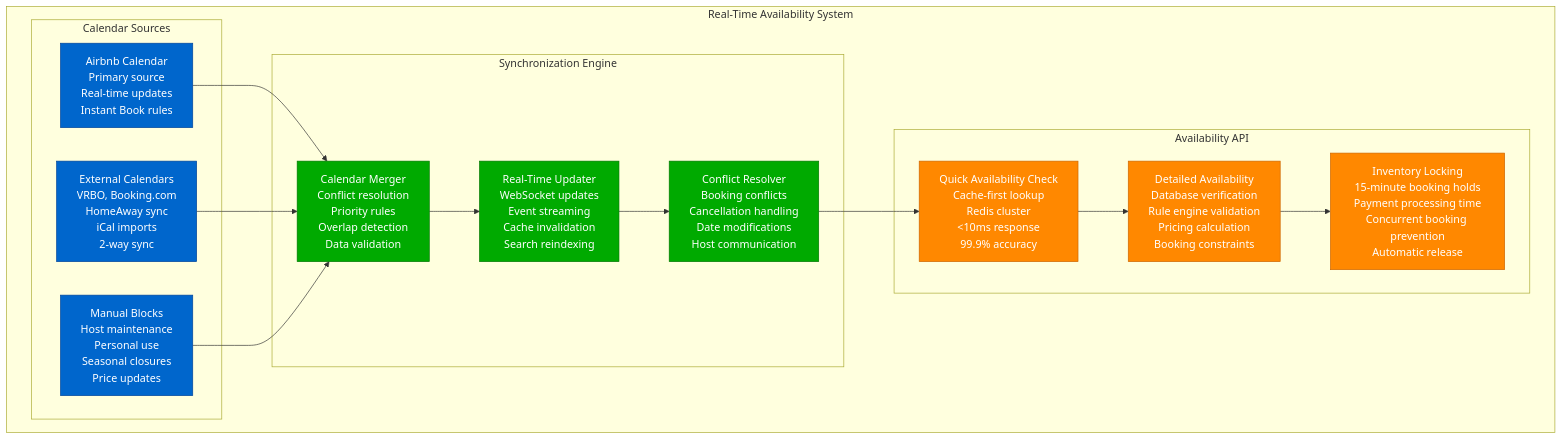
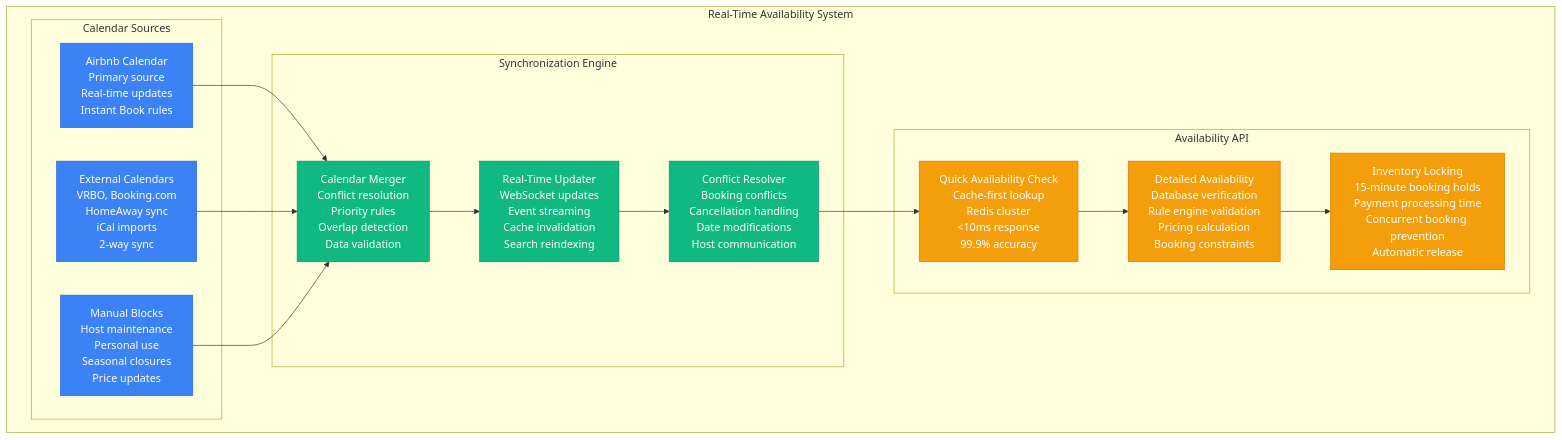
Before and after one commit to deepaucksharma/DS: the fourth of 4 diagrams in site/docs/systems/airbnb/request-flow.md, drawn with Mermaid. The commit also changed other lines of this file and 303 other files, not shown here.

````diff
--- a/site/docs/systems/airbnb/request-flow.md
+++ b/site/docs/systems/airbnb/request-flow.md
@@ -221,47 +221,47 @@
 ```mermaid
 graph TB
     subgraph AvailabilitySystem[Real-Time Availability System]
         subgraph CalendarSources[Calendar Sources]
             AirbnbCalendar[Airbnb Calendar<br/>Primary source<br/>Real-time updates<br/>Instant Book rules]
 
             ExternalCalendars[External Calendars<br/>VRBO, Booking.com<br/>HomeAway sync<br/>iCal imports<br/>2-way sync]
 
             ManualBlocks[Manual Blocks<br/>Host maintenance<br/>Personal use<br/>Seasonal closures<br/>Price updates]
         end
 
         subgraph SyncEngine[Synchronization Engine]
             CalendarMerger[Calendar Merger<br/>Conflict resolution<br/>Priority rules<br/>Overlap detection<br/>Data validation]
 
             RealTimeUpdater[Real-Time Updater<br/>WebSocket updates<br/>Event streaming<br/>Cache invalidation<br/>Search reindexing]
 
             ConflictResolver[Conflict Resolver<br/>Booking conflicts<br/>Cancellation handling<br/>Date modifications<br/>Host communication]
         end
 
         subgraph AvailabilityAPI[Availability API]
             QuickCheck[Quick Availability Check<br/>Cache-first lookup<br/>Redis cluster<br/><10ms response<br/>99.9% accuracy]
 
             DetailedCheck[Detailed Availability<br/>Database verification<br/>Rule engine validation<br/>Pricing calculation<br/>Booking constraints]
 
             InventoryLocking[Inventory Locking<br/>15-minute booking holds<br/>Payment processing time<br/>Concurrent booking prevention<br/>Automatic release]
         end
     end
 
     AirbnbCalendar --> CalendarMerger
     ExternalCalendars --> CalendarMerger
     ManualBlocks --> CalendarMerger
 
     CalendarMerger --> RealTimeUpdater
     RealTimeUpdater --> ConflictResolver
     ConflictResolver --> QuickCheck
 
     QuickCheck --> DetailedCheck
     DetailedCheck --> InventoryLocking
 
-    classDef sourceStyle fill:#0066CC,stroke:#004499,color:#fff
-    classDef syncStyle fill:#00AA00,stroke:#007700,color:#fff
-    classDef apiStyle fill:#FF8800,stroke:#CC6600,color:#fff
+    classDef sourceStyle fill:#3B82F6,stroke:#2563EB,color:#fff
+    classDef syncStyle fill:#10B981,stroke:#059669,color:#fff
+    classDef apiStyle fill:#F59E0B,stroke:#D97706,color:#fff
 
     class AirbnbCalendar,ExternalCalendars,ManualBlocks sourceStyle
     class CalendarMerger,RealTimeUpdater,ConflictResolver syncStyle
     class QuickCheck,DetailedCheck,InventoryLocking apiStyle
 ```
````
